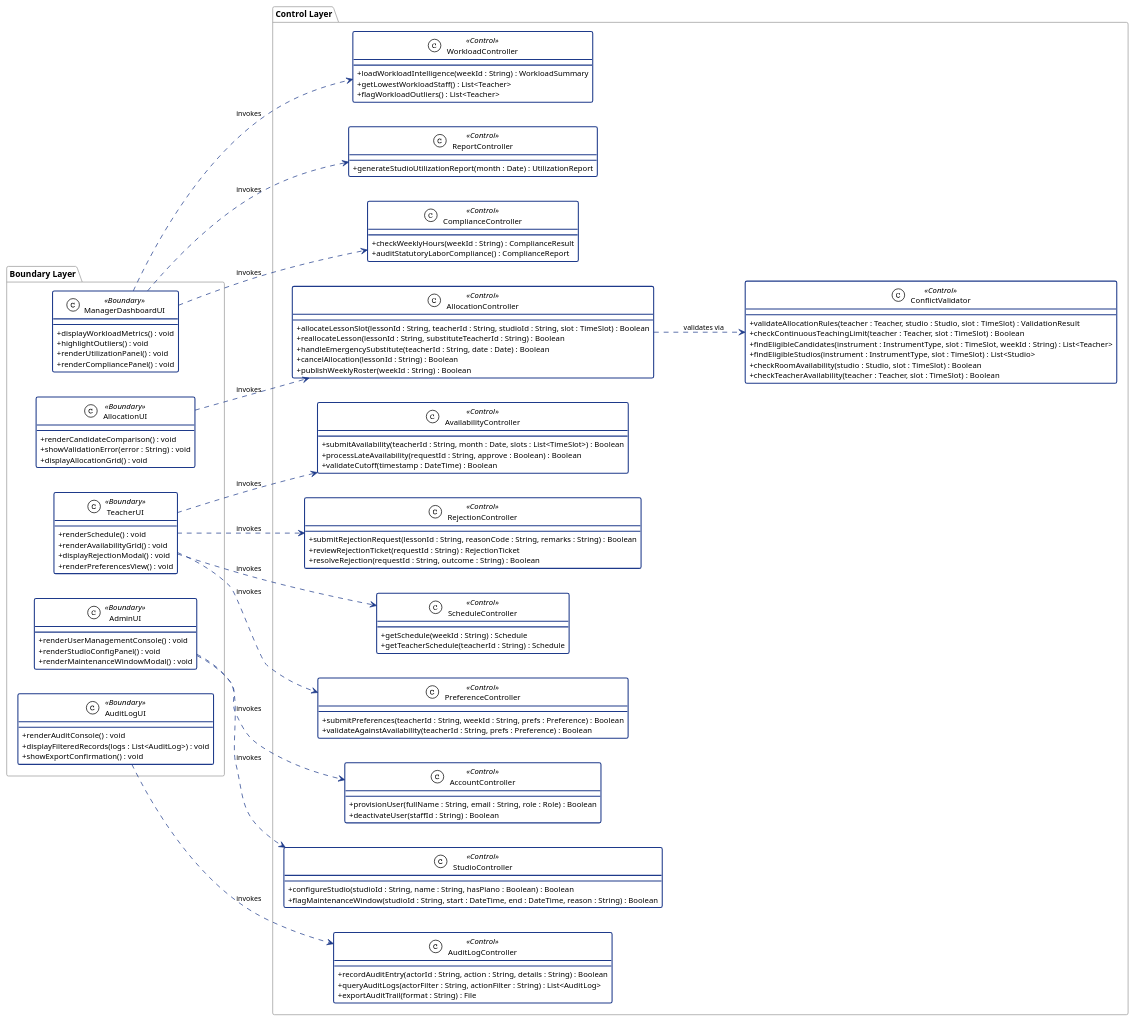
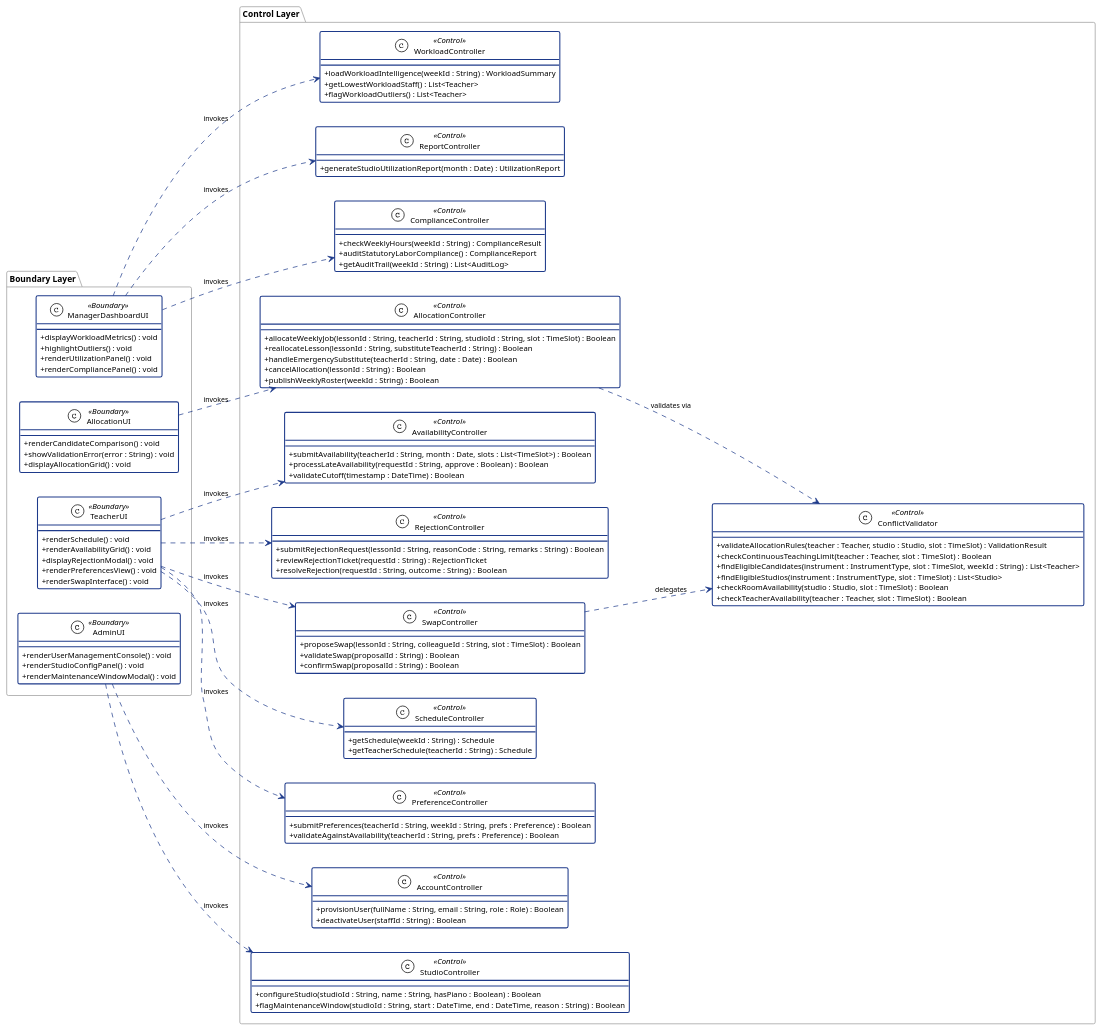
One commit to adoreblvnk/2001temp changed the diagram in report/assets/class_diagram_control.puml. Above: the diagram before and after it, drawn with PlantUML. The commit also changed 42 other files, not shown here.

First line of the commit message:
feat(report): update M1/M2 deliverables, wireframes, diagrams, and presentation deck

```diff
--- a/report/assets/class_diagram_control.puml
+++ b/report/assets/class_diagram_control.puml
@@ -1,132 +1,130 @@
 @startuml class_diagram_control
 !theme plain
 left to right direction
 skinparam classAttributeIconSize 0
 skinparam shadowing false
 skinparam defaultFontName "Helvetica", "Arial", sans-serif
 skinparam defaultFontSize 11
 skinparam class {
     BackgroundColor #FFFFFF
     BorderColor #1E3A8A
     BorderThickness 1.5
 }
 skinparam arrow {
     Color #1E3A8A
     FontSize 10
 }
 skinparam package {
     BorderColor #999999
     FontStyle bold
     FontSize 12
 }
 
 ' ========== BOUNDARY CLASSES ==========
 package "Boundary Layer" {
     class ManagerDashboardUI <<Boundary>> {
         +displayWorkloadMetrics() : void
         +highlightOutliers() : void
         +renderUtilizationPanel() : void
         +renderCompliancePanel() : void
     }
     class AllocationUI <<Boundary>> {
         +renderCandidateComparison() : void
         +showValidationError(error : String) : void
         +displayAllocationGrid() : void
     }
     class TeacherUI <<Boundary>> {
         +renderSchedule() : void
         +renderAvailabilityGrid() : void
         +displayRejectionModal() : void
         +renderPreferencesView() : void
+        +renderSwapInterface() : void
     }
     class AdminUI <<Boundary>> {
         +renderUserManagementConsole() : void
         +renderStudioConfigPanel() : void
         +renderMaintenanceWindowModal() : void
-    }
-    class AuditLogUI <<Boundary>> {
-        +renderAuditConsole() : void
-        +displayFilteredRecords(logs : List<AuditLog>) : void
-        +showExportConfirmation() : void
     }
 }
 
 ' ========== CONTROL CLASSES ==========
 package "Control Layer" {
     class WorkloadController <<Control>> {
         +loadWorkloadIntelligence(weekId : String) : WorkloadSummary
         +getLowestWorkloadStaff() : List<Teacher>
         +flagWorkloadOutliers() : List<Teacher>
     }
     class AllocationController <<Control>> {
-        +allocateLessonSlot(lessonId : String, teacherId : String, studioId : String, slot : TimeSlot) : Boolean
+        +allocateWeeklyJob(lessonId : String, teacherId : String, studioId : String, slot : TimeSlot) : Boolean
         +reallocateLesson(lessonId : String, substituteTeacherId : String) : Boolean
         +handleEmergencySubstitute(teacherId : String, date : Date) : Boolean
         +cancelAllocation(lessonId : String) : Boolean
         +publishWeeklyRoster(weekId : String) : Boolean
     }
     class ConflictValidator <<Control>> {
         +validateAllocationRules(teacher : Teacher, studio : Studio, slot : TimeSlot) : ValidationResult
         +checkContinuousTeachingLimit(teacher : Teacher, slot : TimeSlot) : Boolean
         +findEligibleCandidates(instrument : InstrumentType, slot : TimeSlot, weekId : String) : List<Teacher>
         +findEligibleStudios(instrument : InstrumentType, slot : TimeSlot) : List<Studio>
         +checkRoomAvailability(studio : Studio, slot : TimeSlot) : Boolean
         +checkTeacherAvailability(teacher : Teacher, slot : TimeSlot) : Boolean
     }
     class AvailabilityController <<Control>> {
         +submitAvailability(teacherId : String, month : Date, slots : List<TimeSlot>) : Boolean
         +processLateAvailability(requestId : String, approve : Boolean) : Boolean
         +validateCutoff(timestamp : DateTime) : Boolean
     }
     class RejectionController <<Control>> {
         +submitRejectionRequest(lessonId : String, reasonCode : String, remarks : String) : Boolean
         +reviewRejectionTicket(requestId : String) : RejectionTicket
         +resolveRejection(requestId : String, outcome : String) : Boolean
     }
+    class SwapController <<Control>> {
+        +proposeSwap(lessonId : String, colleagueId : String, slot : TimeSlot) : Boolean
+        +validateSwap(proposalId : String) : Boolean
+        +confirmSwap(proposalId : String) : Boolean
+    }
     class AccountController <<Control>> {
         +provisionUser(fullName : String, email : String, role : Role) : Boolean
         +deactivateUser(staffId : String) : Boolean
     }
     class StudioController <<Control>> {
         +configureStudio(studioId : String, name : String, hasPiano : Boolean) : Boolean
         +flagMaintenanceWindow(studioId : String, start : DateTime, end : DateTime, reason : String) : Boolean
     }
     class ReportController <<Control>> {
         +generateStudioUtilizationReport(month : Date) : UtilizationReport
     }
     class ComplianceController <<Control>> {
         +checkWeeklyHours(weekId : String) : ComplianceResult
         +auditStatutoryLaborCompliance() : ComplianceReport
+        +getAuditTrail(weekId : String) : List<AuditLog>
     }
     class ScheduleController <<Control>> {
         +getSchedule(weekId : String) : Schedule
         +getTeacherSchedule(teacherId : String) : Schedule
     }
     class PreferenceController <<Control>> {
         +submitPreferences(teacherId : String, weekId : String, prefs : Preference) : Boolean
         +validateAgainstAvailability(teacherId : String, prefs : Preference) : Boolean
-    }
-    class AuditLogController <<Control>> {
-        +recordAuditEntry(actorId : String, action : String, details : String) : Boolean
-        +queryAuditLogs(actorFilter : String, actionFilter : String) : List<AuditLog>
-        +exportAuditTrail(format : String) : File
     }
 }
 
 ' ========== DEPENDENCY (Boundary -> Control) ==========
 ManagerDashboardUI ..> WorkloadController : invokes
 ManagerDashboardUI ..> ReportController : invokes
 ManagerDashboardUI ..> ComplianceController : invokes
 AllocationUI ..> AllocationController : invokes
 TeacherUI ..> AvailabilityController : invokes
 TeacherUI ..> RejectionController : invokes
 TeacherUI ..> ScheduleController : invokes
 TeacherUI ..> PreferenceController : invokes
+TeacherUI ..> SwapController : invokes
 AdminUI ..> AccountController : invokes
 AdminUI ..> StudioController : invokes
-AuditLogUI ..> AuditLogController : invokes
 
 ' ========== DEPENDENCY (Control -> Control) ==========
 AllocationController ..> ConflictValidator : validates via
+SwapController ..> ConflictValidator : delegates
 
 @enduml
```
